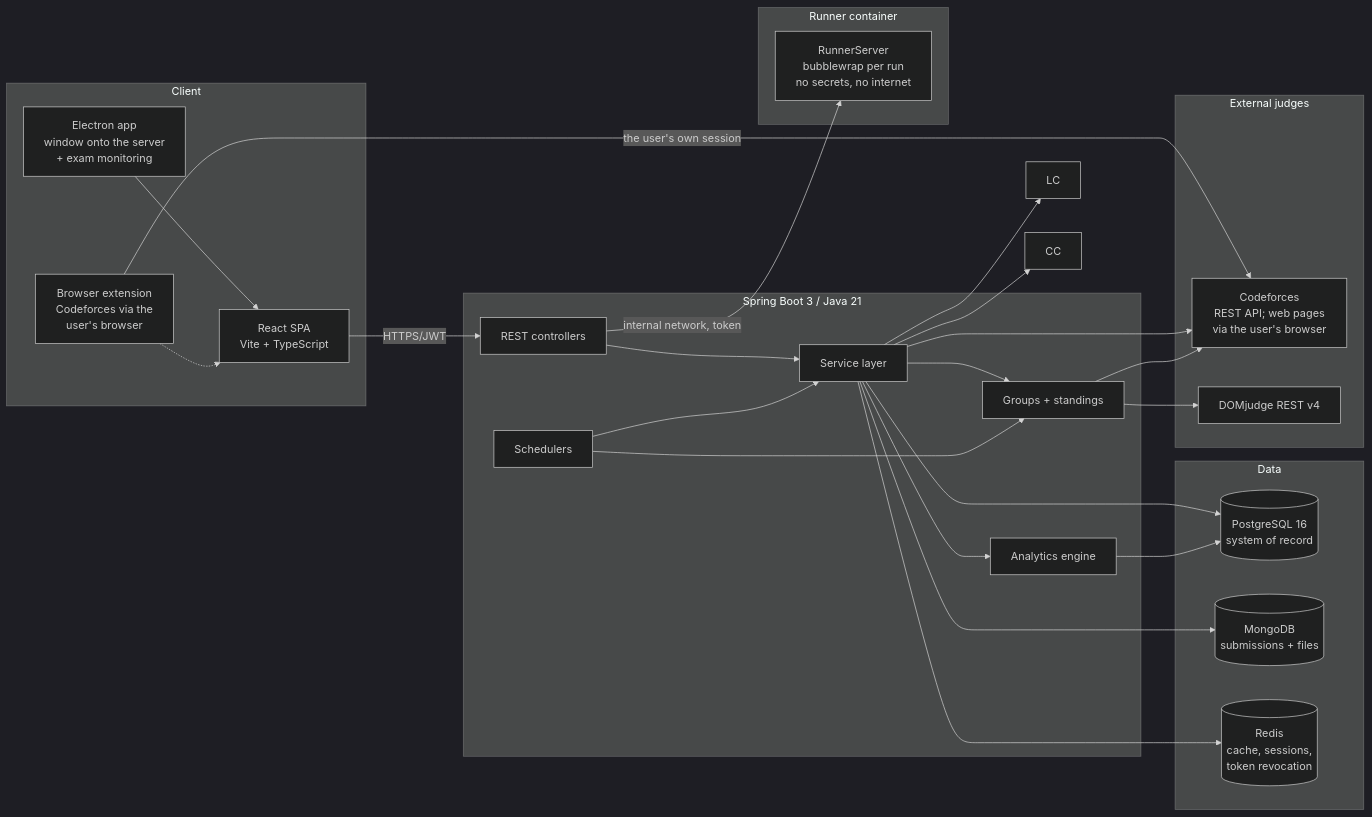
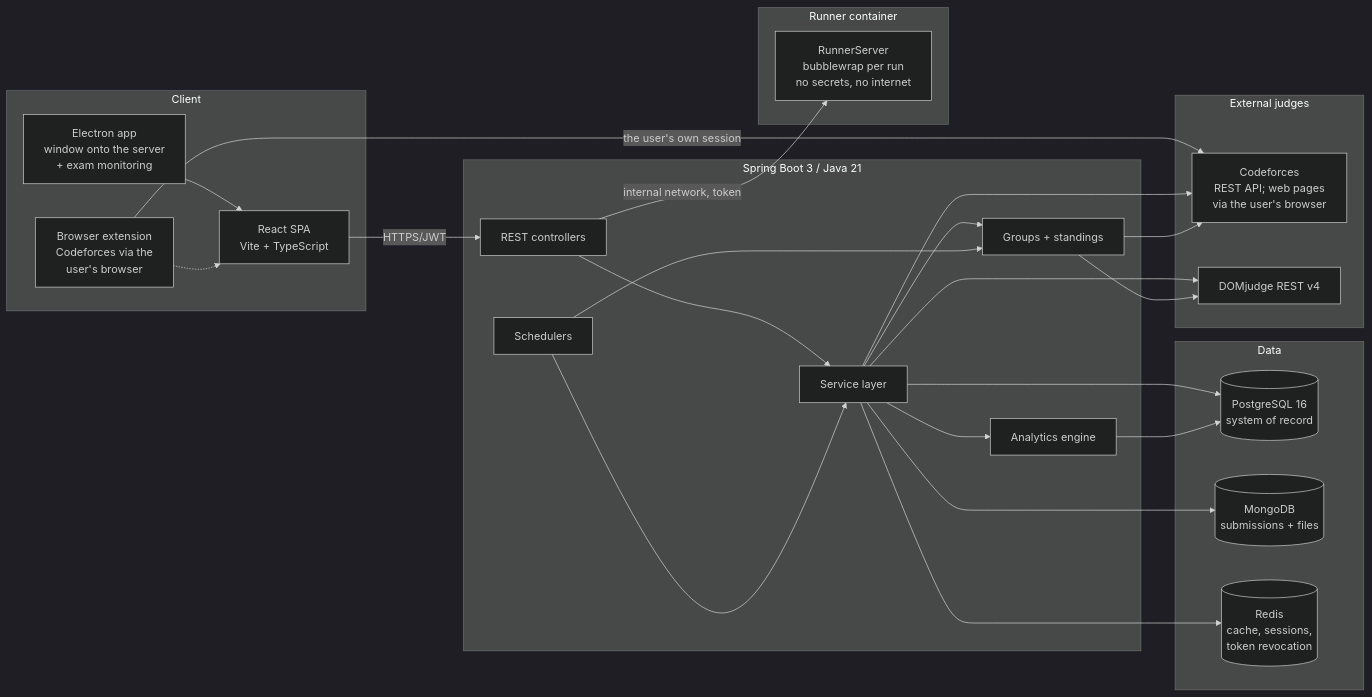
The first of 5 diagrams in docs/ARCHITECTURE.md (ayushtiwari1405/cpintel), drawn with Mermaid (dark theme) before and after one commit. The commit also changed other lines of this file and 13 other files, not shown here.

````diff
--- a/docs/ARCHITECTURE.md
+++ b/docs/ARCHITECTURE.md
@@ -17,51 +24,50 @@
 ```mermaid
 flowchart LR
     subgraph Client
         FE[React SPA<br/>Vite + TypeScript]
         EL[Electron app<br/>window onto the server<br/>+ exam monitoring]
         EXT[Browser extension<br/>Codeforces via the<br/>user's browser]
     end
 
     subgraph Backend [Spring Boot 3 / Java 21]
         API[REST controllers]
         SVC[Service layer]
         ANL[Analytics engine]
         GRP[Groups + standings]
         SCH[Schedulers]
     end
 
     subgraph Runner [Runner container]
         RUN[RunnerServer<br/>bubblewrap per run<br/>no secrets, no internet]
     end
 
     subgraph Data
         PG[(PostgreSQL 16<br/>system of record)]
         MON[(MongoDB<br/>submissions + files)]
         RED[(Redis<br/>cache, sessions,<br/>token revocation)]
     end
 
     subgraph Judges [External judges]
         CF[Codeforces<br/>REST API; web pages<br/>via the user's browser]
         DJ[DOMjudge REST v4]
     end
 
     EL --> FE
     EXT -.-> FE
     EXT -- the user's own session --> CF
     FE -- HTTPS/JWT --> API
     API --> SVC
     API -- internal network, token --> RUN
     SVC --> ANL
     SVC --> GRP
     SVC --> PG
     SVC --> MON
     SVC --> RED
     ANL --> PG
     SCH --> SVC
     SCH --> GRP
     SVC --> CF
-    SVC --> LC
-    SVC --> CC
+    SVC --> DJ
     GRP --> CF
     GRP --> DJ
 ```
````
